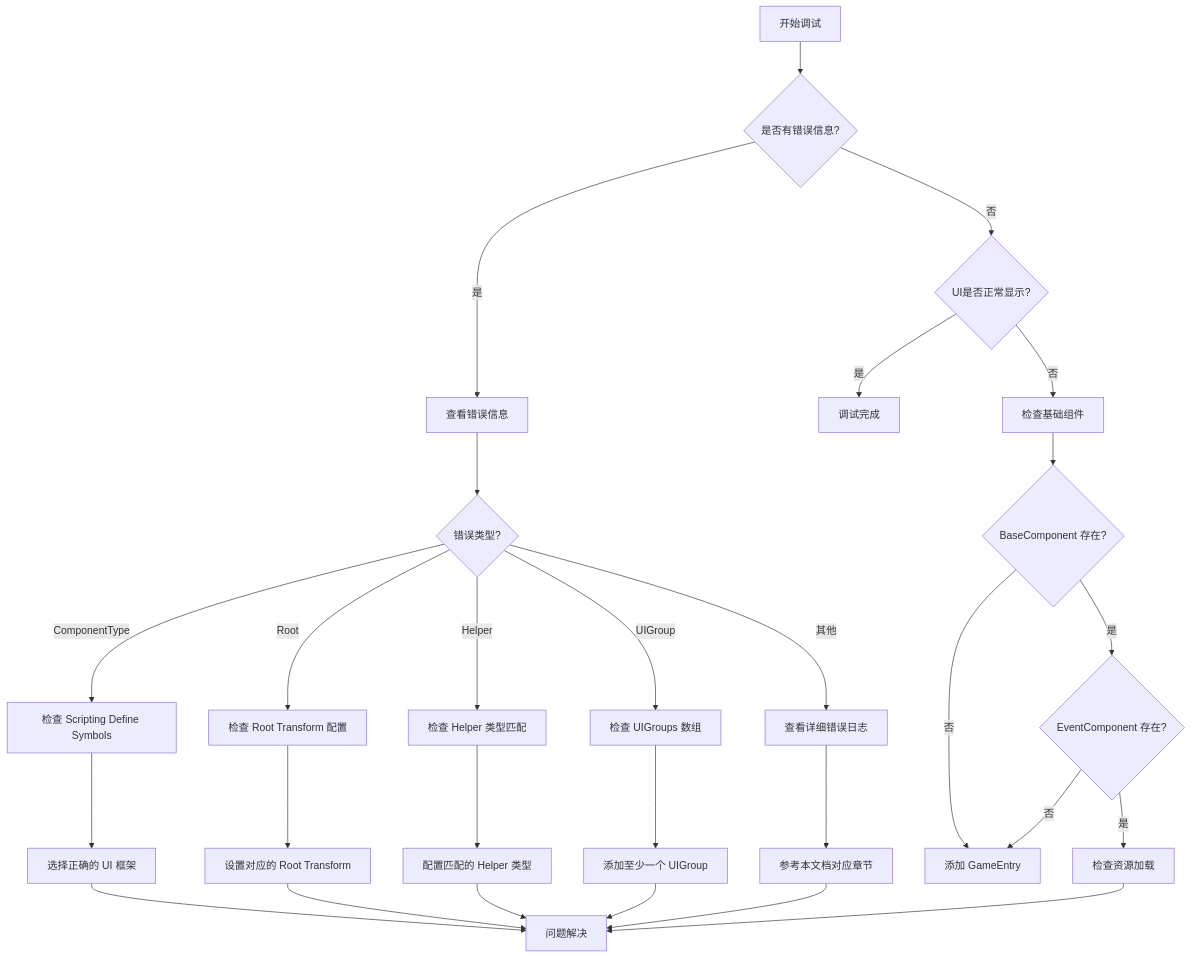
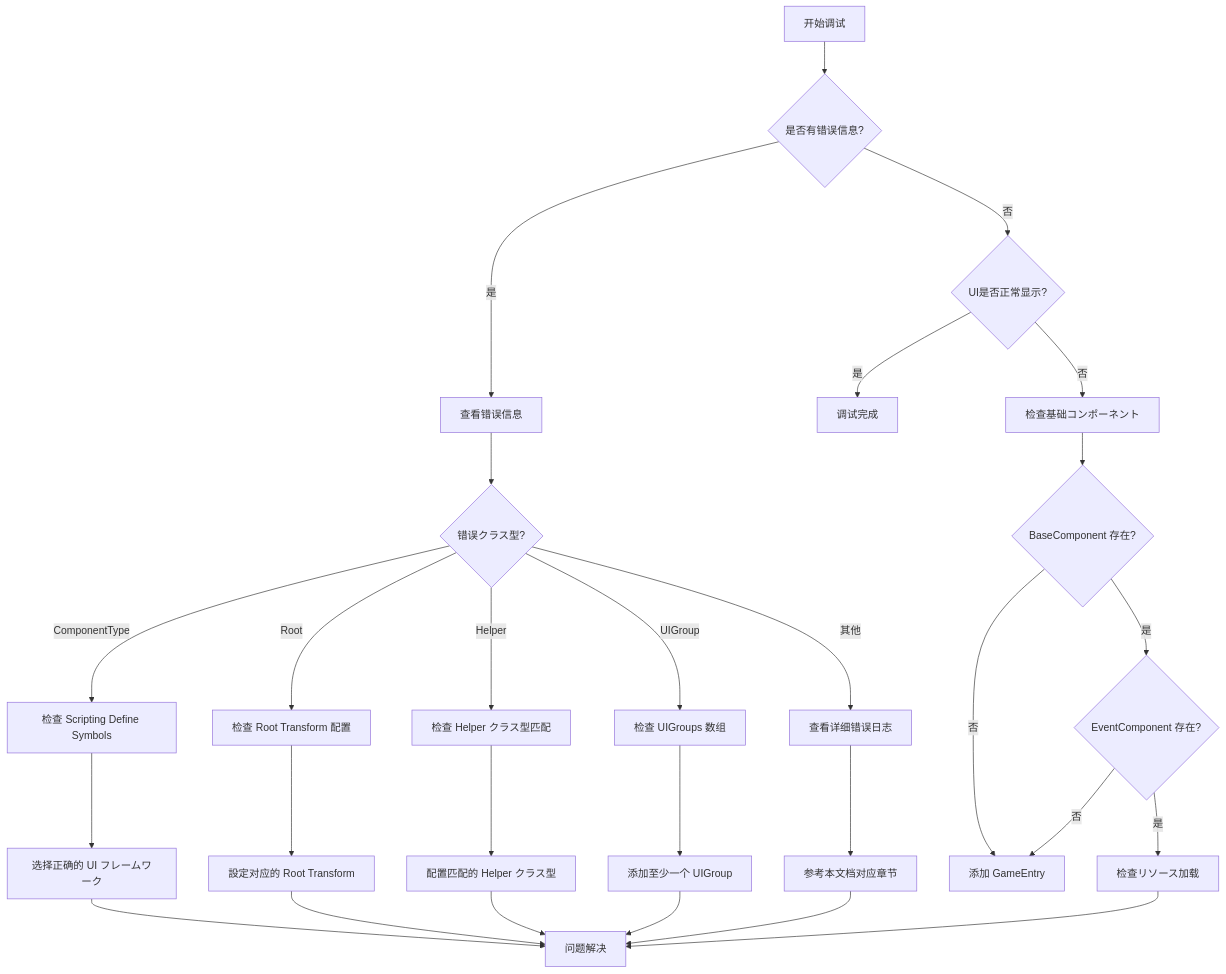
Before and after one commit to AlianBlank/GameFrameX.Docs: the diagram in docs/ja/client/unity/component/ui/17.troubleshooting.md, drawn with Mermaid. The commit also changed other lines of this file and 603 other files, not shown here.

````diff
--- a/docs/ja/client/unity/component/ui/17.troubleshooting.md
+++ b/docs/ja/client/unity/component/ui/17.troubleshooting.md
@@ -319,34 +319,34 @@
 ```mermaid
 flowchart TD
     A[开始调试] --> B{是否有错误信息?}
     B -->|是| C[查看错误信息]
     B -->|否| D{UI是否正常显示?}
     
-    C --> E{错误类型?}
+    C --> E{错误クラス型?}
     E -->|ComponentType| F[检查 Scripting Define Symbols]
     E -->|Root| G[检查 Root Transform 配置]
-    E -->|Helper| H[检查 Helper 类型匹配]
+    E -->|Helper| H[检查 Helper クラス型匹配]
     E -->|UIGroup| I[检查 UIGroups 数组]
     E -->|其他| J[查看详细错误日志]
     
-    F --> K[选择正确的 UI 框架]
-    G --> L[设置对应的 Root Transform]
-    H --> M[配置匹配的 Helper 类型]
+    F --> K[选择正确的 UI フレームワーク]
+    G --> L[設定对应的 Root Transform]
+    H --> M[配置匹配的 Helper クラス型]
     I --> N[添加至少一个 UIGroup]
     J --> O[参考本文档对应章节]
     
     K --> P[问题解决]
     L --> P
     M --> P
     N --> P
     O --> P
     
     D -->|是| Q[调试完成]
-    D -->|否| R[检查基础组件]
+    D -->|否| R[检查基础コンポーネント]
     R --> S{BaseComponent 存在?}
     S -->|否| T[添加 GameEntry]
     S -->|是| U{EventComponent 存在?}
     U -->|否| T
-    U -->|是| V[检查资源加载]
+    U -->|是| V[检查リソース加载]
     V --> P
 ```
````
